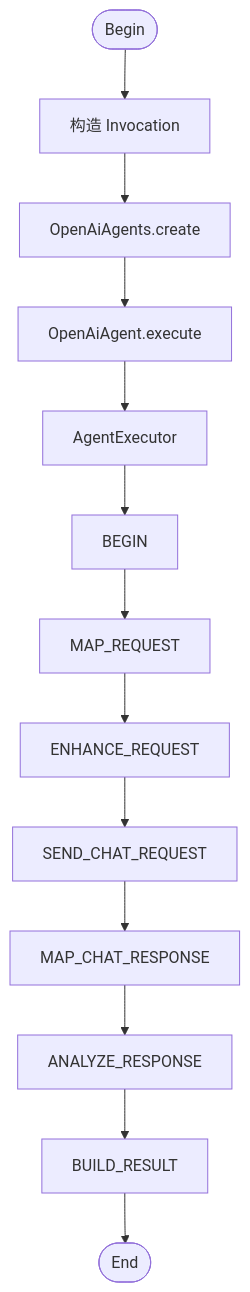
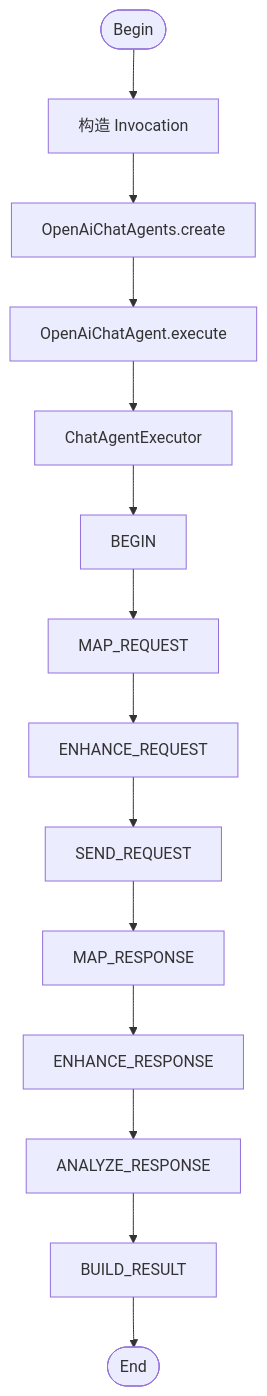
Before and after one commit to Halcyonsong/liteagent-template: the second of 3 diagrams in docs/quick-start.md, drawn with Mermaid. The commit also changed other lines of this file and 40 other files, not shown here.

````diff
--- a/docs/quick-start.md
+++ b/docs/quick-start.md
@@ -32,15 +33,16 @@
 ```mermaid
 flowchart TD
     Begin2([Begin]) --> B1[构造 Invocation]
-    B1 --> B2[OpenAiAgents.create]
-    B2 --> B3[OpenAiAgent.execute]
-    B3 --> B4[AgentExecutor]
+    B1 --> B2[OpenAiChatAgents.create]
+    B2 --> B3[OpenAiChatAgent.execute]
+    B3 --> B4[ChatAgentExecutor]
     B4 --> B5[BEGIN]
     B5 --> B6[MAP_REQUEST]
     B6 --> B7[ENHANCE_REQUEST]
-    B7 --> B8[SEND_CHAT_REQUEST]
-    B8 --> B9[MAP_CHAT_RESPONSE]
-    B9 --> B10[ANALYZE_RESPONSE]
-    B10 --> B11[BUILD_RESULT]
-    B11 --> End2([End])
+    B7 --> B8[SEND_REQUEST]
+    B8 --> B9[MAP_RESPONSE]
+    B9 --> B10[ENHANCE_RESPONSE]
+    B10 --> B11[ANALYZE_RESPONSE]
+    B11 --> B12[BUILD_RESULT]
+    B12 --> End2([End])
 ```
````
